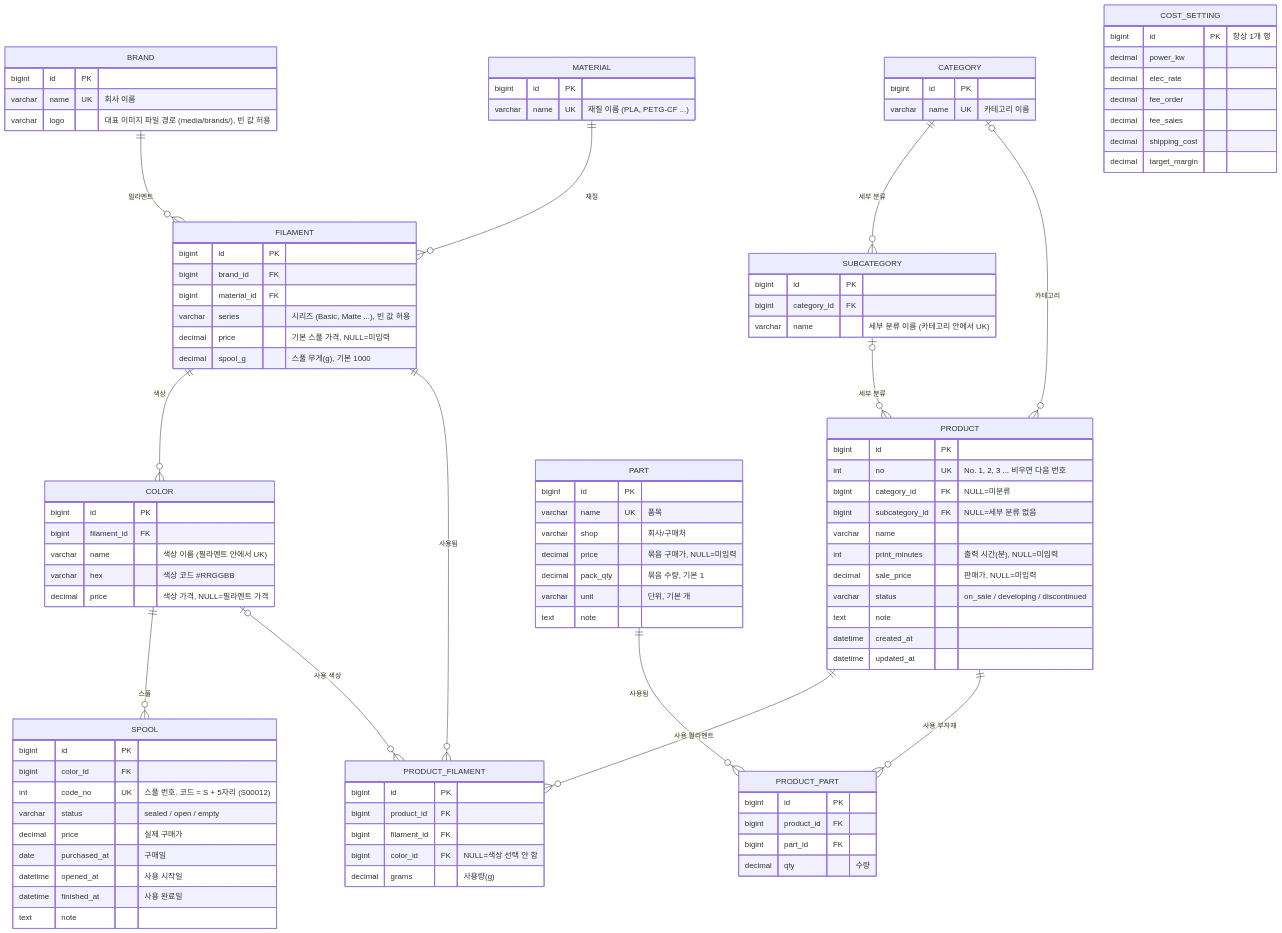
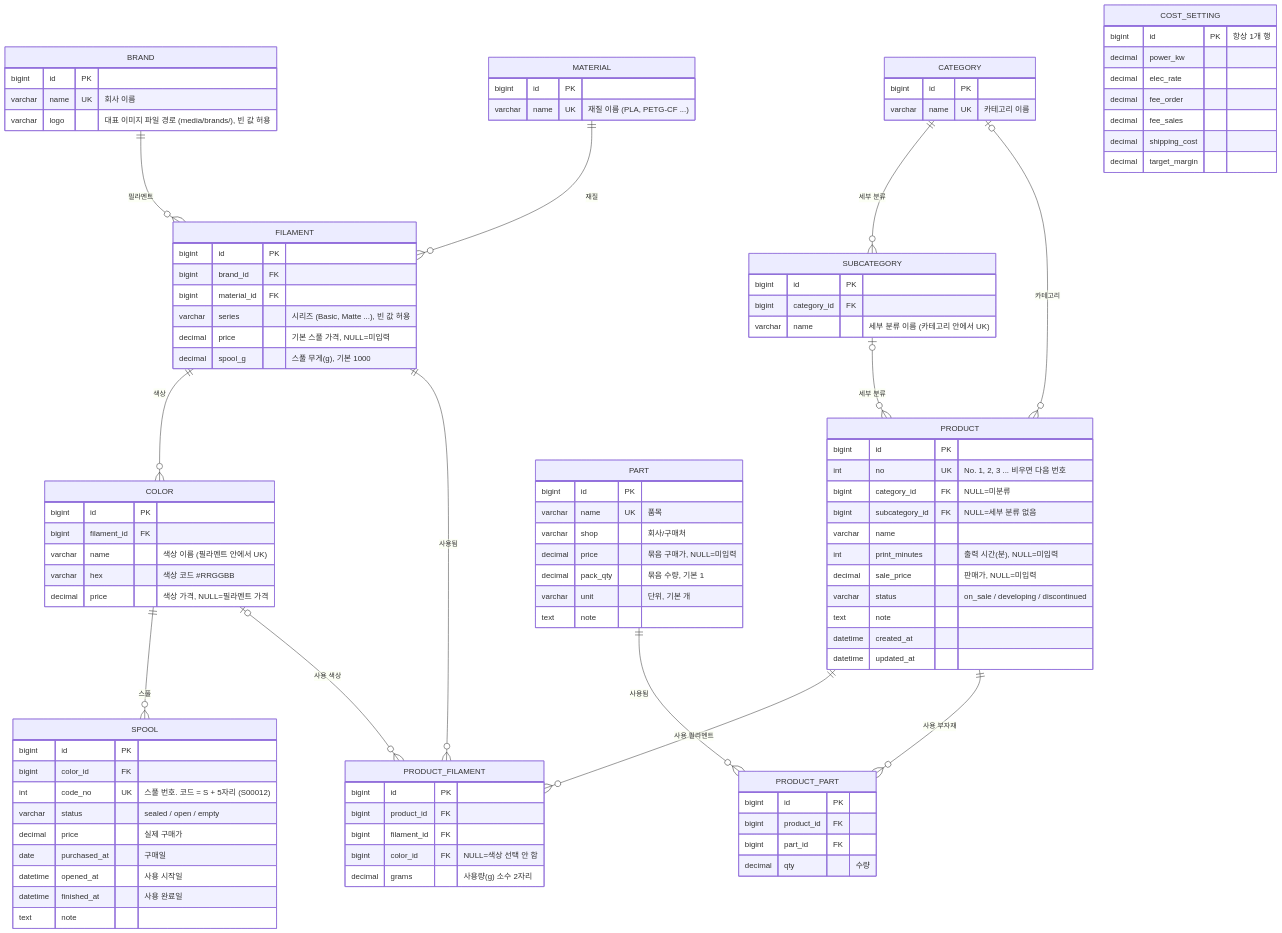
Before and after one commit to probeV/3D-Farm-Farm: the diagram in docs/ERD.md, drawn with Mermaid. The commit also changed 20 other files, not shown here.

```diff
--- a/docs/ERD.md
+++ b/docs/ERD.md
@@ -90,7 +90,7 @@
         bigint product_id FK
         bigint filament_id FK
         bigint color_id FK "NULL=색상 선택 안 함"
-        decimal grams "사용량(g)"
+        decimal grams "사용량(g) 소수 2자리"
     }
     PRODUCT_PART {
         bigint id PK
```
